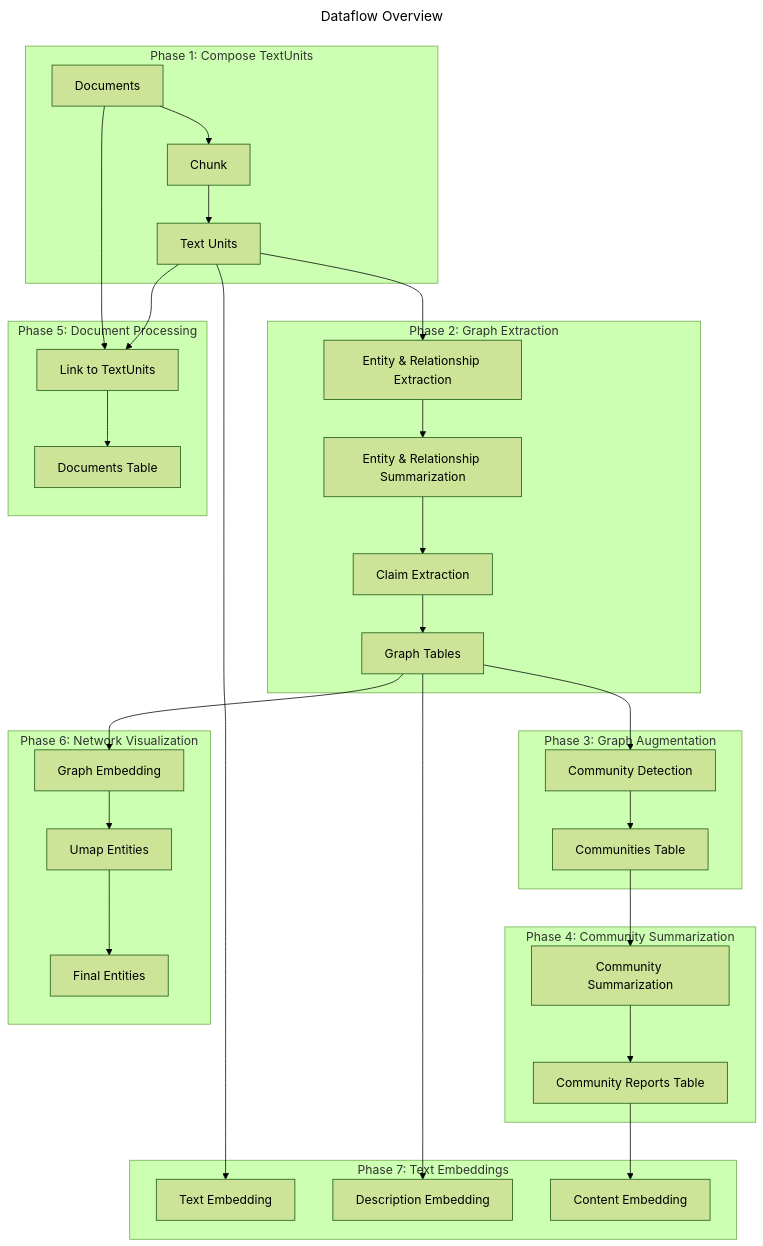
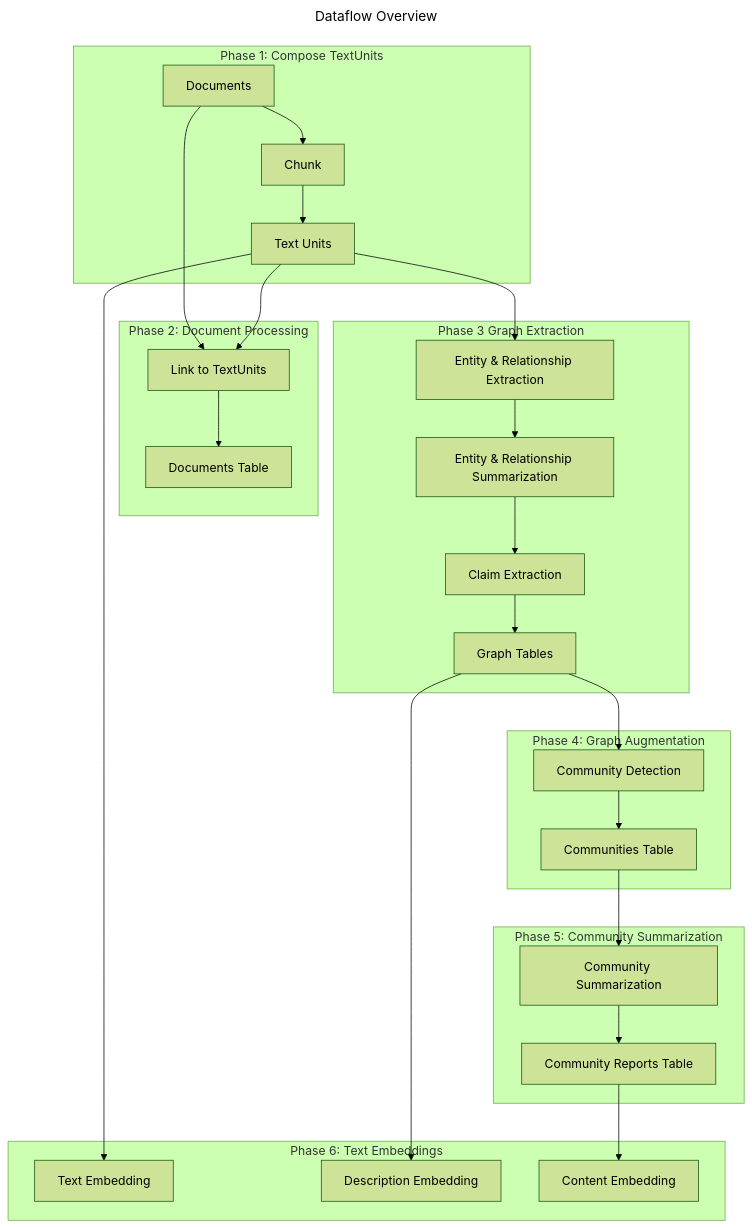
One commit to microsoft/graphrag changed the first of 7 diagrams in docs/index/default_dataflow.md. Above: the diagram before and after it, drawn with Mermaid (forest theme). The commit also changed other lines of this file and 940 other files, not shown here.

````diff
--- a/docs/index/default_dataflow.md
+++ b/docs/index/default_dataflow.md
@@ -19,39 +19,34 @@
 ```mermaid
 ---
 title: Dataflow Overview
 ---
 flowchart TB
     subgraph phase1[Phase 1: Compose TextUnits]
     documents[Documents] --> chunk[Chunk]
     chunk --> textUnits[Text Units]
     end
-    subgraph phase2[Phase 2: Graph Extraction]
+    subgraph phase2[Phase 2: Document Processing]
+    documents --> link_to_text_units[Link to TextUnits]
+    textUnits --> link_to_text_units
+    link_to_text_units --> document_outputs[Documents Table]
+    end
+    subgraph phase3[Phase 3 Graph Extraction]
     textUnits --> graph_extract[Entity & Relationship Extraction]
     graph_extract --> graph_summarize[Entity & Relationship Summarization]
     graph_summarize --> claim_extraction[Claim Extraction]
     claim_extraction --> graph_outputs[Graph Tables]
     end
-    subgraph phase3[Phase 3: Graph Augmentation]
+    subgraph phase4[Phase 4: Graph Augmentation]
     graph_outputs --> community_detect[Community Detection]
     community_detect --> community_outputs[Communities Table]
     end
-    subgraph phase4[Phase 4: Community Summarization]
+    subgraph phase5[Phase 5: Community Summarization]
     community_outputs --> summarized_communities[Community Summarization]
     summarized_communities --> community_report_outputs[Community Reports Table]
     end
-    subgraph phase5[Phase 5: Document Processing]
-    documents --> link_to_text_units[Link to TextUnits]
-    textUnits --> link_to_text_units
-    link_to_text_units --> document_outputs[Documents Table]
-    end
-    subgraph phase6[Phase 6: Network Visualization]
-    graph_outputs --> graph_embed[Graph Embedding]
-    graph_embed --> umap_entities[Umap Entities]
-    umap_entities --> combine_nodes[Final Entities]
-    end
-    subgraph phase7[Phase 7: Text Embeddings]
+    subgraph phase6[Phase 6: Text Embeddings]
     textUnits --> text_embed[Text Embedding]
     graph_outputs --> description_embed[Description Embedding]
     community_report_outputs --> content_embed[Content Embedding]
     end
 ```
````
